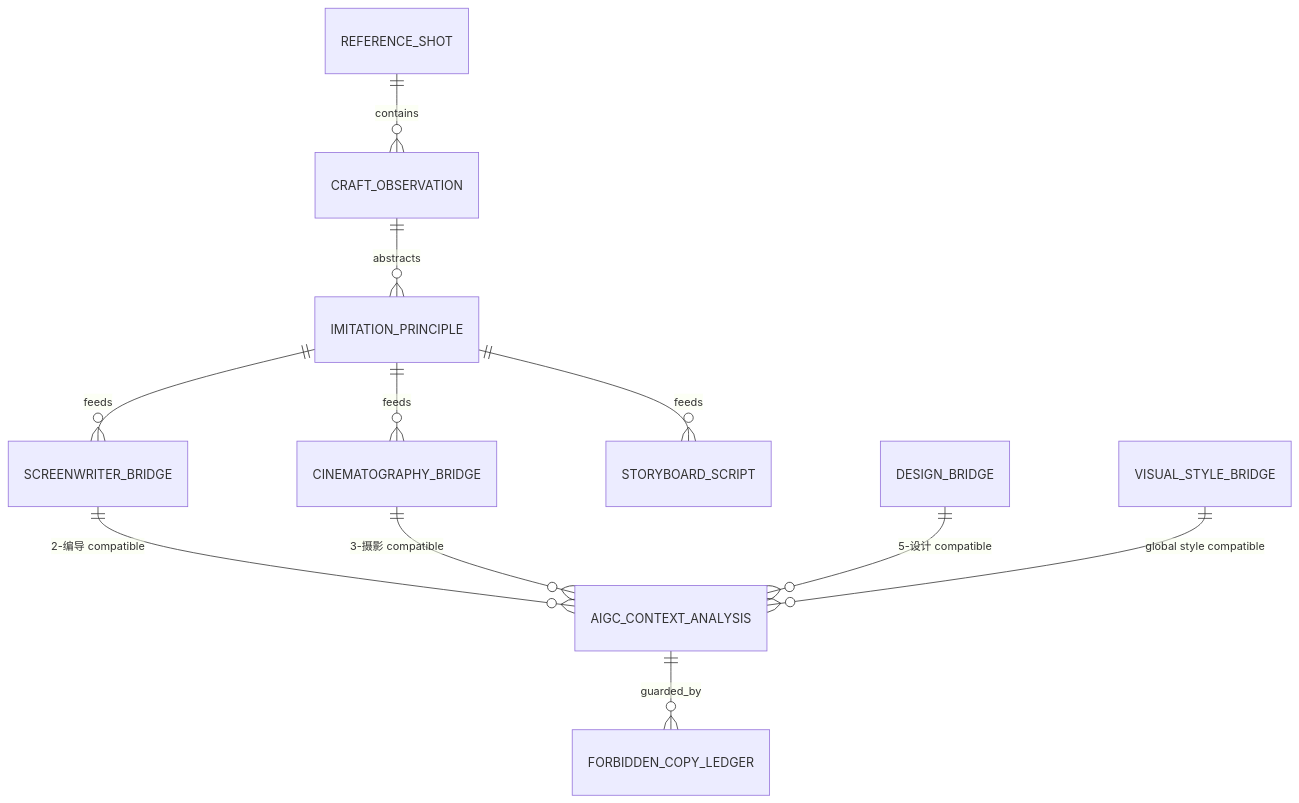
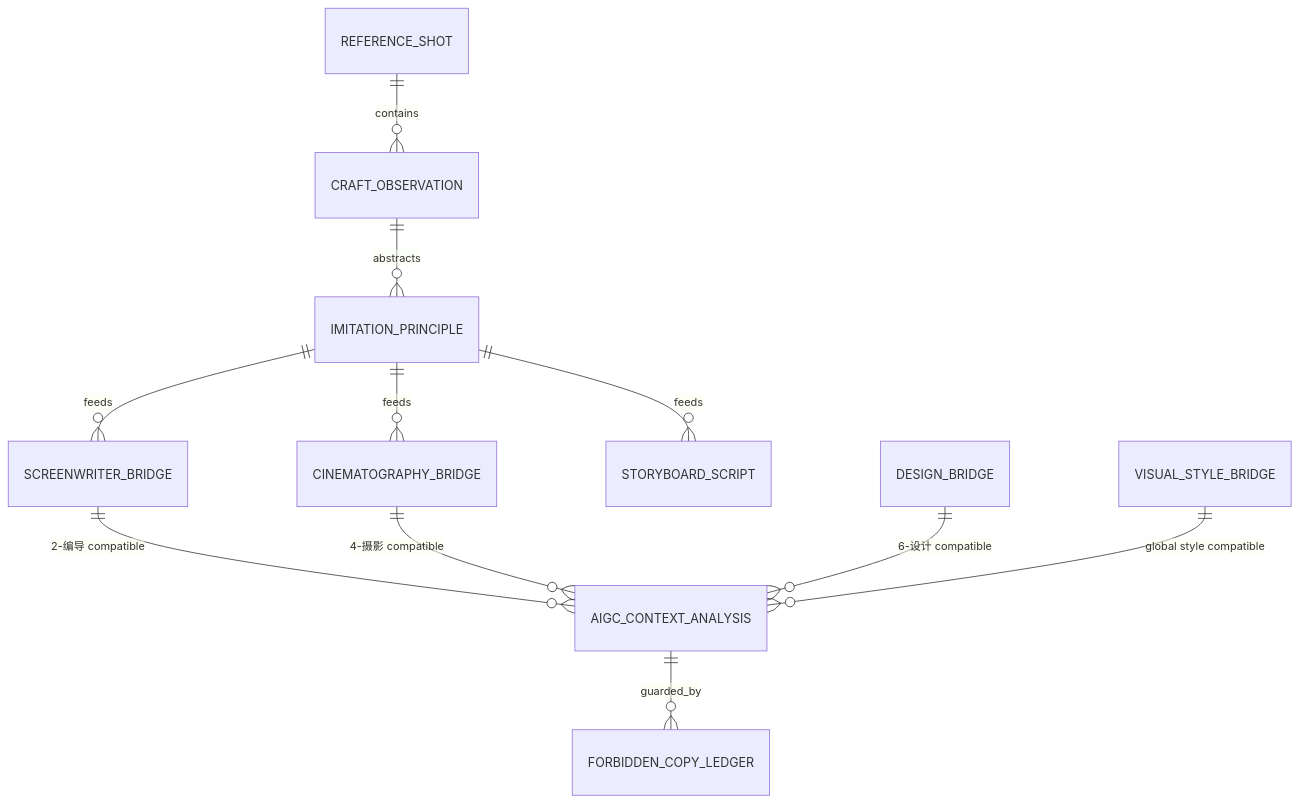
One commit to ZEN-VOID/AI-CUT changed the third of 3 diagrams in .agents/skills/aigc/shot-by-shot/SKILL.md. Above: the diagram before and after it, drawn with Mermaid. The commit also changed other lines of this file and 1070 other files, not shown here.

````diff
--- a/.agents/skills/aigc/shot-by-shot/SKILL.md
+++ b/.agents/skills/aigc/shot-by-shot/SKILL.md
@@ -141,13 +141,13 @@
 ```mermaid
 erDiagram
     REFERENCE_SHOT ||--o{ CRAFT_OBSERVATION : contains
     CRAFT_OBSERVATION ||--o{ IMITATION_PRINCIPLE : abstracts
     IMITATION_PRINCIPLE ||--o{ SCREENWRITER_BRIDGE : feeds
     IMITATION_PRINCIPLE ||--o{ CINEMATOGRAPHY_BRIDGE : feeds
     IMITATION_PRINCIPLE ||--o{ STORYBOARD_SCRIPT : feeds
     SCREENWRITER_BRIDGE ||--o{ AIGC_CONTEXT_ANALYSIS : "2-编导 compatible"
-    CINEMATOGRAPHY_BRIDGE ||--o{ AIGC_CONTEXT_ANALYSIS : "3-摄影 compatible"
-    DESIGN_BRIDGE ||--o{ AIGC_CONTEXT_ANALYSIS : "5-设计 compatible"
+    CINEMATOGRAPHY_BRIDGE ||--o{ AIGC_CONTEXT_ANALYSIS : "4-摄影 compatible"
+    DESIGN_BRIDGE ||--o{ AIGC_CONTEXT_ANALYSIS : "6-设计 compatible"
     VISUAL_STYLE_BRIDGE ||--o{ AIGC_CONTEXT_ANALYSIS : "global style compatible"
     AIGC_CONTEXT_ANALYSIS ||--o{ FORBIDDEN_COPY_LEDGER : guarded_by
 ```
````
